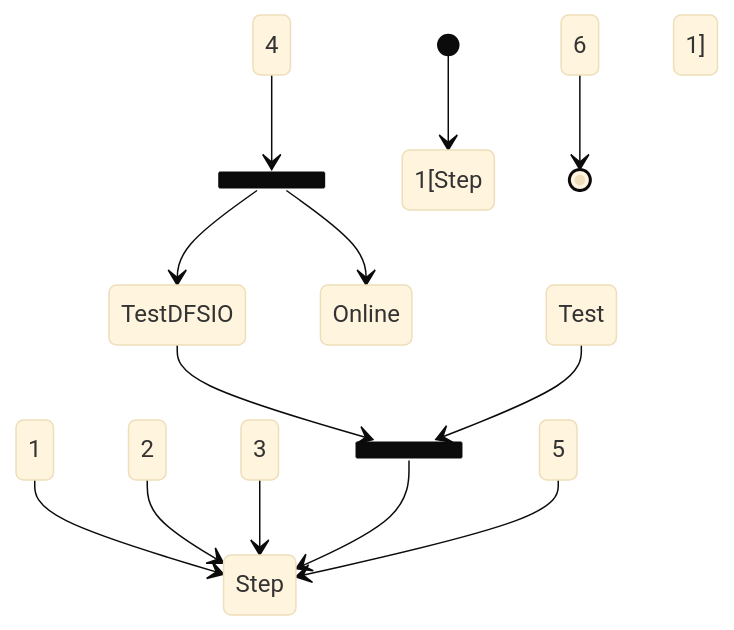
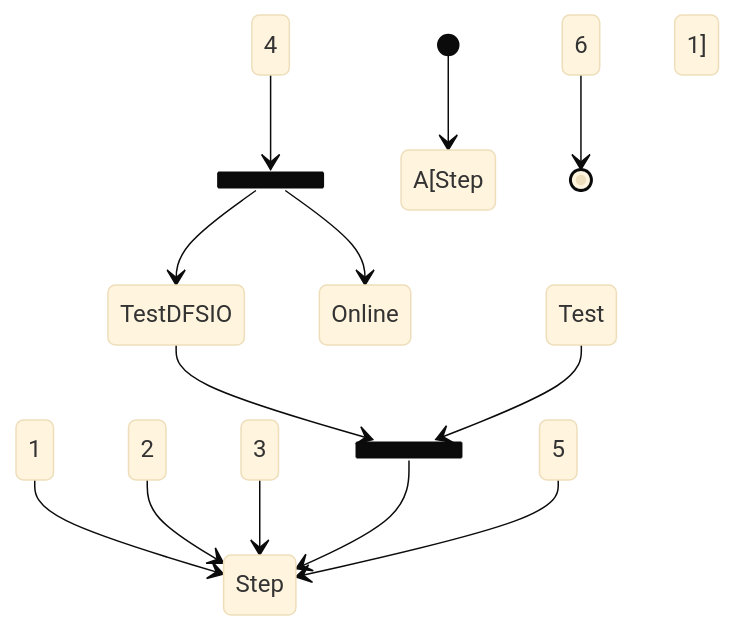
One commit to MaistoV/BSpenaHPQC changed the diagram in doc/Script.md. Above: the diagram before and after it, drawn with Mermaid (base theme).

````diff
--- a/doc/Script.md
+++ b/doc/Script.md
@@ -13,18 +13,18 @@
 ```mermaid
 stateDiagram-v2
     state fork_state <<fork>>
-        [*] --> 1[Step 1]
+        [*] --> A[Step 1]
         Step 1 --> Step 2
         Step 2 --> Step 3
         Step 3 --> Step 4
         Step 4 --> fork_state
         fork_state --> TestDFSIO
         fork_state --> Online Test
 
         state join_state <<join>>
         TestDFSIO --> join_state
         Online Test --> join_state
         join_state --> Step 5
         Step 5 --> Step 6
         Step 6 --> [*]
 ```
````
